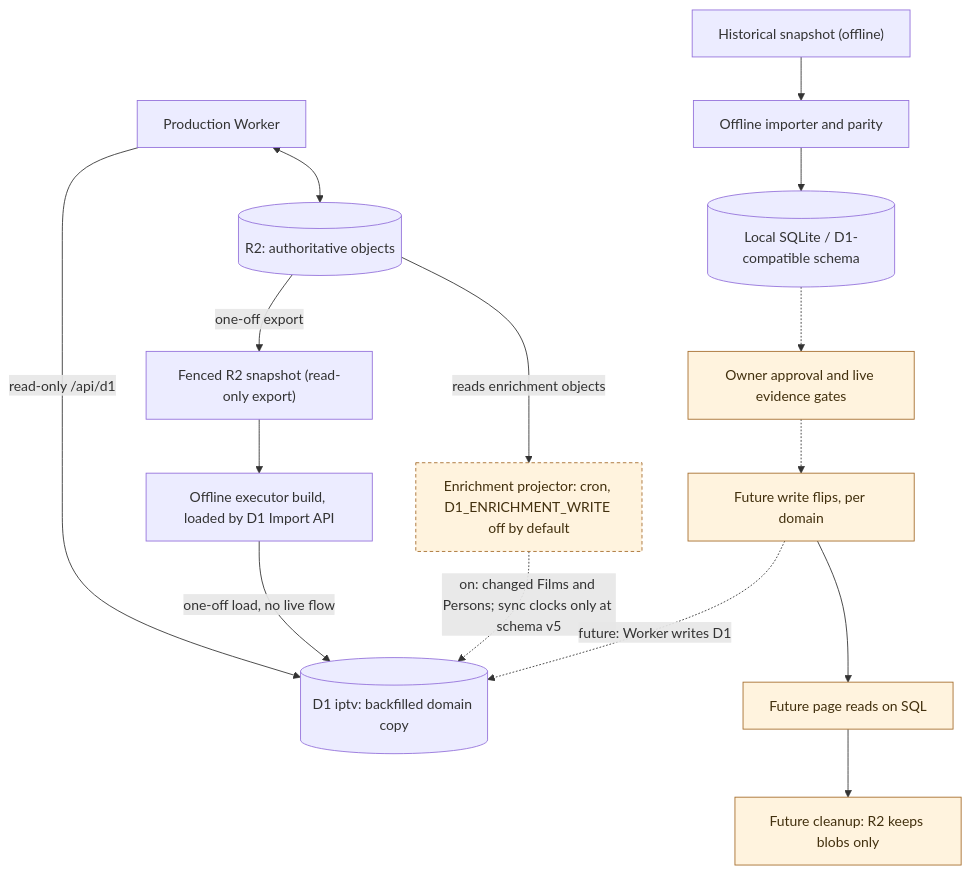
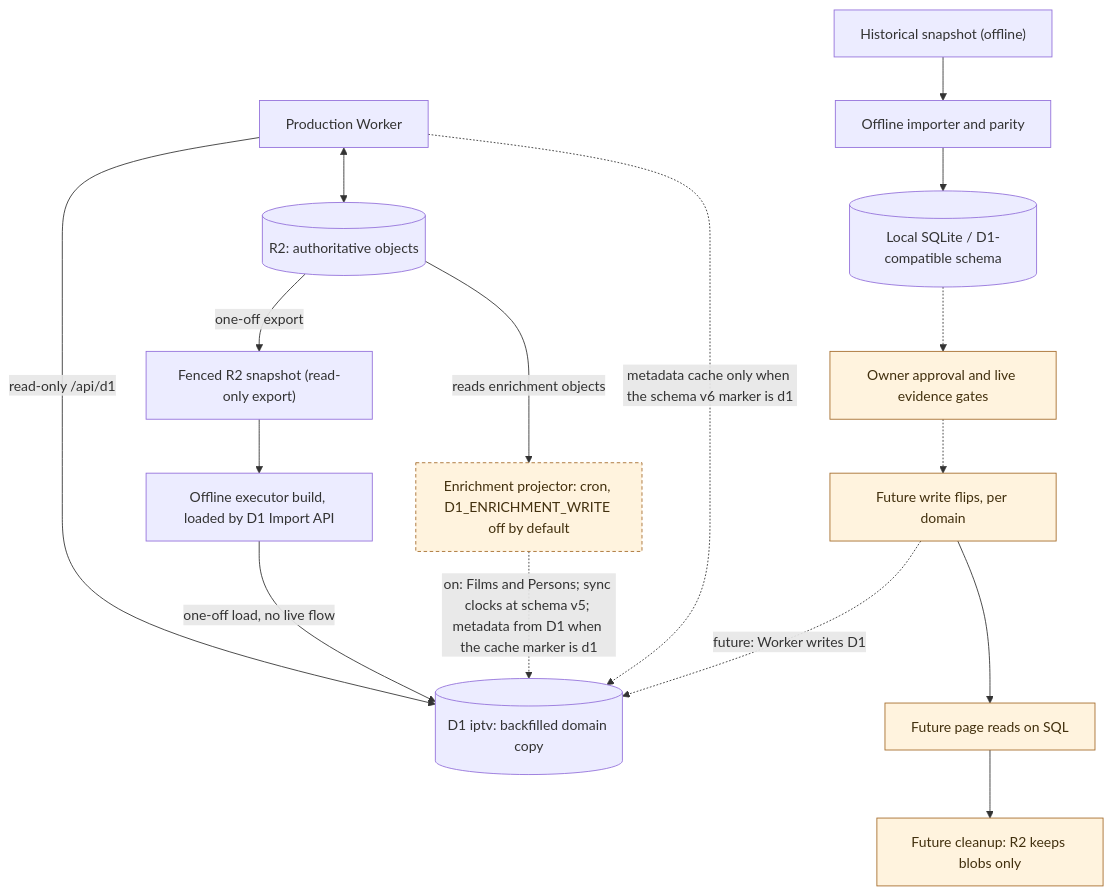
Before and after one commit to vladimino/iptv-watchlist: the diagram in docs/architecture/persistence-and-migration.md, drawn with Mermaid. The commit also changed other lines of this file and 30 other files, not shown here.

First line of the commit message:
Store the metadata cache in D1 behind an r2 marker.

````diff
--- a/docs/architecture/persistence-and-migration.md
+++ b/docs/architecture/persistence-and-migration.md
@@ -5,28 +5,29 @@
 ```mermaid
 flowchart TD
     worker["Production Worker"]
     r2[("R2: authoritative objects")]
     archive["Historical snapshot (offline)"]
     importer["Offline importer and parity"]
     local[("Local SQLite / D1-compatible schema")]
     gate["Owner approval and live evidence gates"]
     snapshot["Fenced R2 snapshot (read-only export)"]
     reload["Offline executor build, loaded by D1 Import API"]
     d1[("D1 iptv: backfilled domain copy")]
     projector["Enrichment projector: cron, D1_ENRICHMENT_WRITE off by default"]
     flipWrite["Future write flips, per domain"]
     flipRead["Future page reads on SQL"]
     retire["Future cleanup: R2 keeps blobs only"]
     worker <--> r2
     worker -->|read-only /api/d1| d1
     archive --> importer --> local
     local -.-> gate
     r2 -->|one-off export| snapshot --> reload -->|one-off load, no live flow| d1
-    r2 -->|reads enrichment objects| projector -.->|on: changed Films and Persons; sync clocks only at schema v5| d1
+    r2 -->|reads enrichment objects| projector -.->|on: Films and Persons; sync clocks at schema v5; metadata from D1 when the cache marker is d1| d1
+    worker -.->|metadata cache only when the schema v6 marker is d1| d1
     gate -.-> flipWrite -.->|future: Worker writes D1| d1
     flipWrite --> flipRead --> retire
     classDef future fill:#fff3de,stroke:#a56c2b,color:#42300e
     classDef gated fill:#fff3de,stroke:#a56c2b,color:#42300e,stroke-dasharray:4 3
     class gate,flipWrite,flipRead,retire future
     class projector gated
 ```
````
